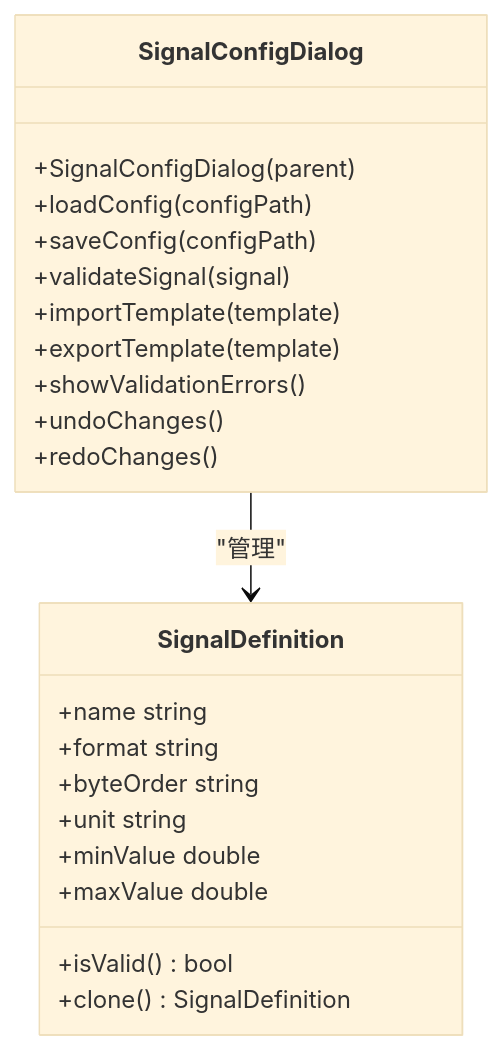
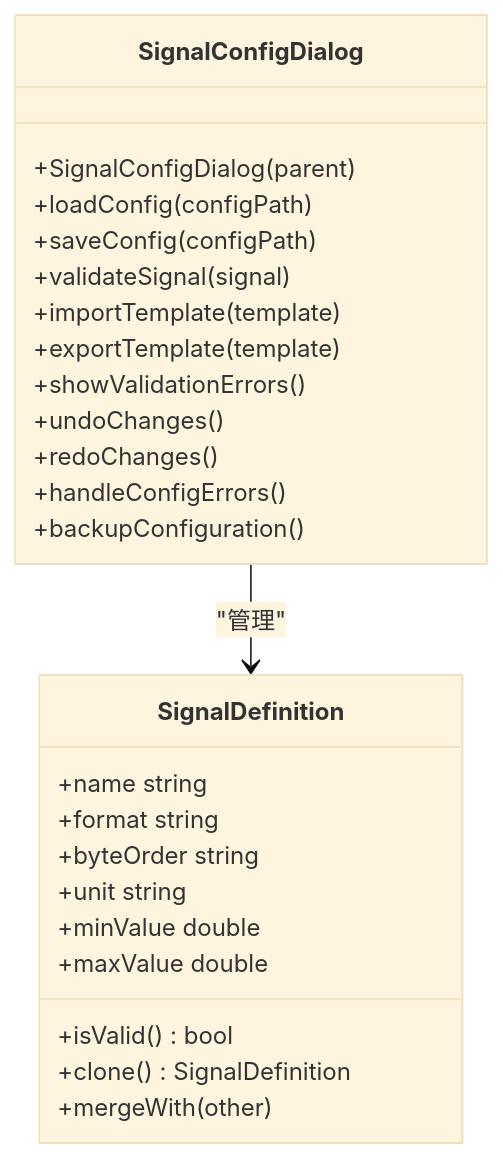
Before and after one commit to jakecai1225-design/OpenBus: the tenth of 15 diagrams in .qoder/repowiki/zh/content/架构设计/UI系统设计/UI系统设计.md, drawn with Mermaid (base theme). The commit also changed other lines of this file and 15 other files, not shown here.

Commit message:
分离试图 拓扑图

````diff
--- a/.qoder/repowiki/zh/content/架构设计/UI系统设计/UI系统设计.md
+++ b/.qoder/repowiki/zh/content/架构设计/UI系统设计/UI系统设计.md
@@ -656,25 +686,28 @@
 ```mermaid
 classDiagram
 class SignalConfigDialog {
 +SignalConfigDialog(parent)
 +loadConfig(configPath)
 +saveConfig(configPath)
 +validateSignal(signal)
 +importTemplate(template)
 +exportTemplate(template)
 +showValidationErrors()
 +undoChanges()
 +redoChanges()
++handleConfigErrors()
++backupConfiguration()
 }
 class SignalDefinition {
 +name string
 +format string
 +byteOrder string
 +unit string
 +minValue double
 +maxValue double
 +isValid() bool
 +clone() SignalDefinition
++mergeWith(other)
 }
 SignalConfigDialog --> SignalDefinition : "管理"
 ```
````
